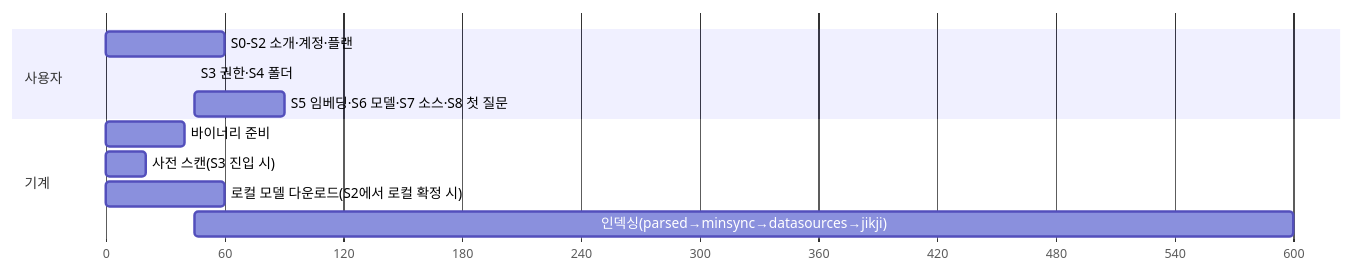
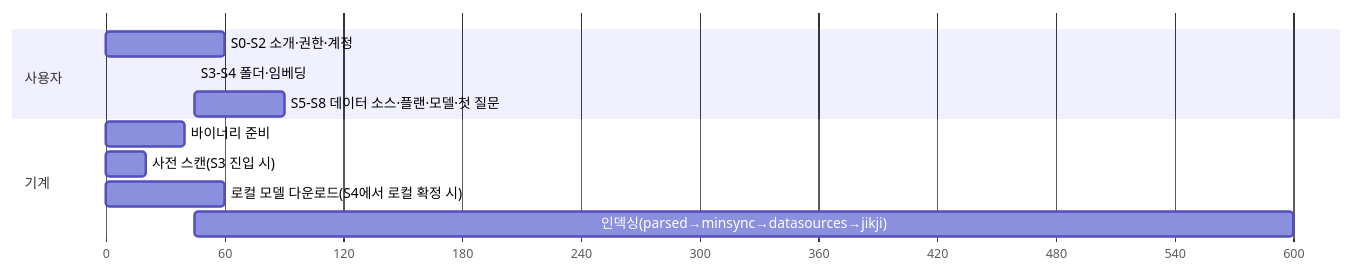
Before and after one commit to NomaDamas/AutoRAG-app: the second of 2 diagrams in docs/onboarding-plan.md, drawn with Mermaid. The commit also changed other lines of this file and 1 other file, not shown here.

Commit message:
docs(onboarding): reorder flow to intro, permissions, account, folders, embedding, sources, plan, model

````diff
--- a/docs/onboarding-plan.md
+++ b/docs/onboarding-plan.md
@@ -178,14 +185,14 @@
 ```mermaid
 gantt
   dateFormat X
   axisFormat %s
   section 사용자
-  S0-S2 소개·계정·플랜 :u1, 0, 60
-  S3 권한·S4 폴더 :u2, after u1, 45
-  S5 임베딩·S6 모델·S7 소스·S8 첫 질문 :u3, after u2, 90
+  S0-S2 소개·권한·계정 :u1, 0, 60
+  S3-S4 폴더·임베딩 :u2, after u1, 45
+  S5-S8 데이터 소스·플랜·모델·첫 질문 :u3, after u2, 90
   section 기계
   바이너리 준비 :m1, 0, 40
   사전 스캔(S3 진입 시) :m2, 60, 20
-  로컬 모델 다운로드(S2에서 로컬 확정 시) :m3, 60, 60
+  로컬 모델 다운로드(S4에서 로컬 확정 시) :m3, 60, 60
   인덱싱(parsed→minsync→datasources→jikji) :m4, after u2, 600
 ```
````
